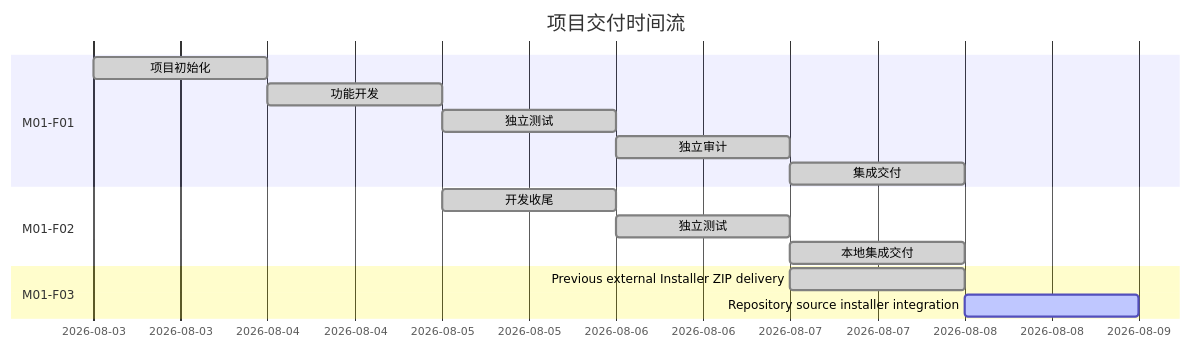
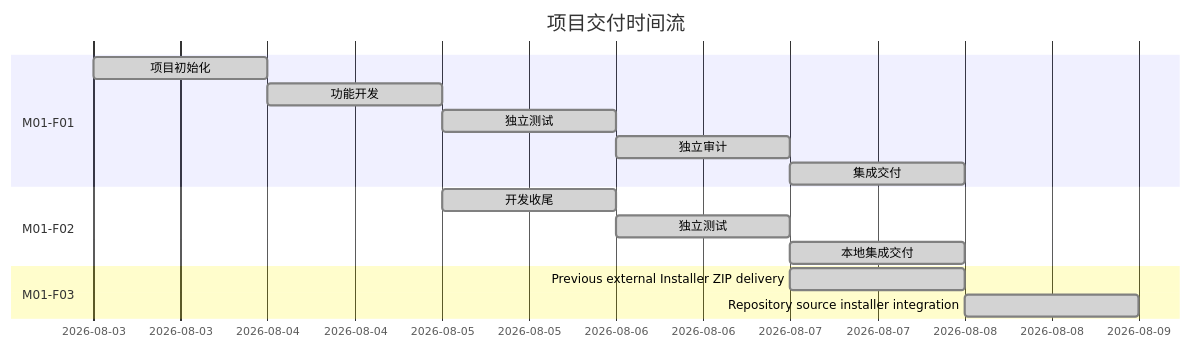
Before and after one commit to 23Lm-star/Calculator-Plugin: the diagram in docs/ai-workflow/项目时间流.md, drawn with Mermaid. The commit also changed other lines of this file and 3 other files, not shown here.

Commit message:
docs(workflow): record release repair integration

````diff
--- a/docs/ai-workflow/项目时间流.md
+++ b/docs/ai-workflow/项目时间流.md
@@ -3,18 +3,18 @@
 ```mermaid
 gantt
     title 项目交付时间流
     dateFormat  YYYY-MM-DD
     section M01-F01
     项目初始化 :done, init, 2026-08-03, 1d
     功能开发 :done, dev, after init, 1d
     独立测试 :done, test, after dev, 1d
     独立审计 :done, audit, after test, 1d
     集成交付 :done, delivery, after audit, 1d
     section M01-F02
     开发收尾 :done, v11dev, 2026-08-05, 1d
     独立测试 :done, v11test, after v11dev, 1d
     本地集成交付 :done, v11integration, after v11test, 1d
     section M01-F03
     Previous external Installer ZIP delivery:done, releaseDev, 2026-08-07, 1d
-    Repository source installer integration :active, releaseRepoPayload, 2026-08-08, 1d
+    Repository source installer integration :done, releaseRepoPayload, 2026-08-08, 1d
 ```
````
